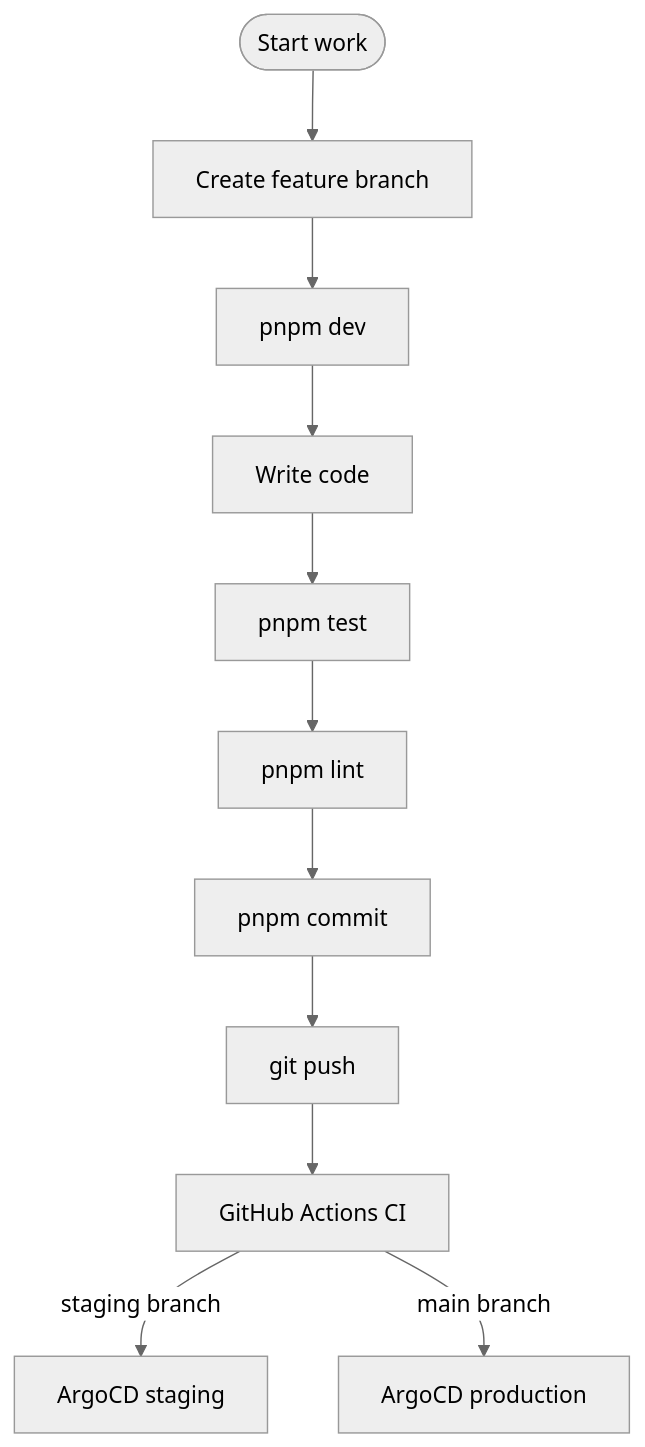
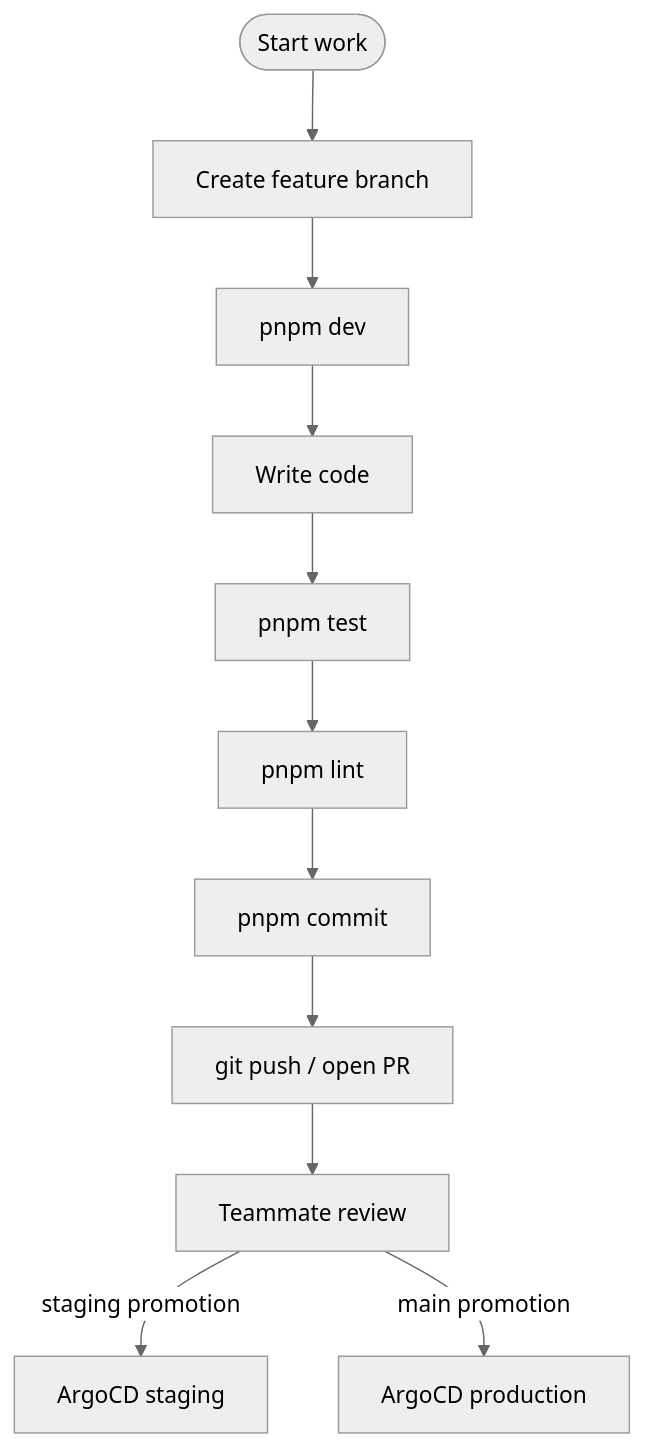
One commit to mansourhaa/matchyplus-site-test-front-end changed the first of 4 diagrams in doc/setup/development.md. Above: the diagram before and after it, drawn with Mermaid (neutral theme). The commit also changed 13 other files, not shown here.

First line of the commit message:
chore: remove GitHub Actions; rely on local checks

````diff
--- a/doc/setup/development.md
+++ b/doc/setup/development.md
@@ -11,13 +11,13 @@
 ```mermaid
 flowchart TD
     Start([Start work]) --> Branch[Create feature branch]
     Branch --> Dev[pnpm dev]
     Dev --> Code[Write code]
     Code --> Test[pnpm test]
     Test --> Lint[pnpm lint]
     Lint --> Commit[pnpm commit]
-    Commit --> Push[git push]
-    Push --> CI[GitHub Actions CI]
-    CI -->|staging branch| StageDeploy[ArgoCD staging]
-    CI -->|main branch| ProdDeploy[ArgoCD production]
+    Commit --> Push[git push / open PR]
+    Push --> Review[Teammate review]
+    Review -->|staging promotion| StageDeploy[ArgoCD staging]
+    Review -->|main promotion| ProdDeploy[ArgoCD production]
 ```
````
